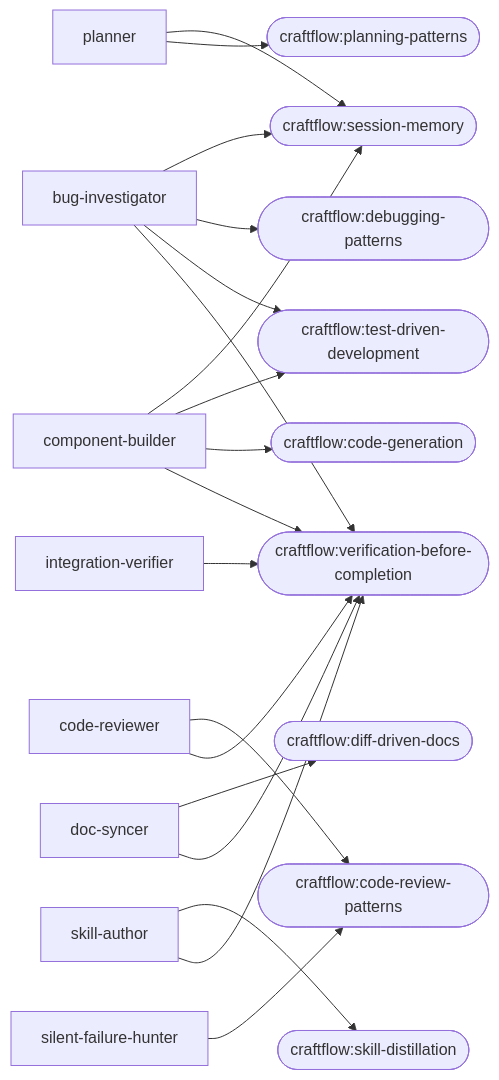
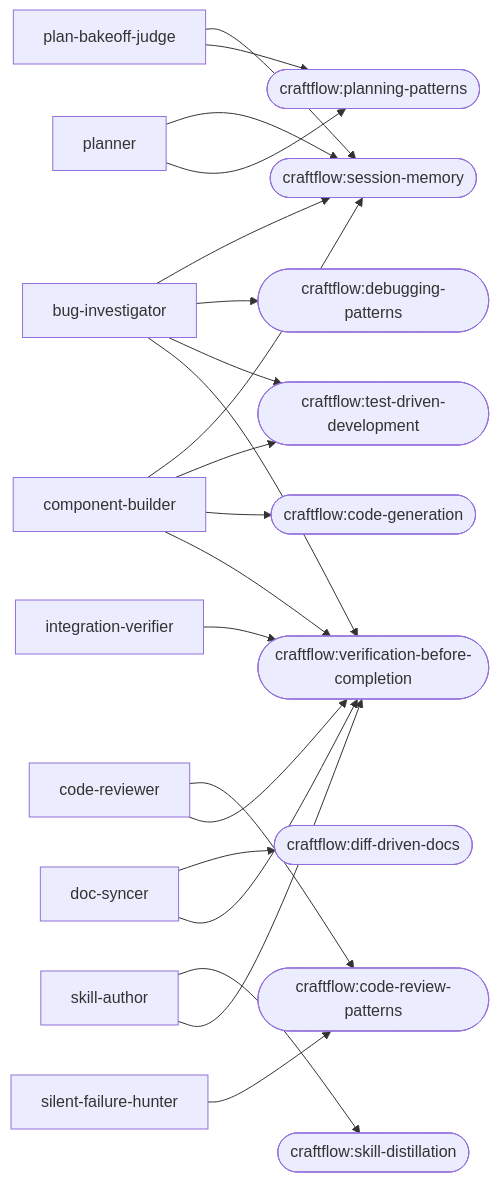
One commit to aicraft-sdk/craftflow changed the second of 2 diagrams in plugins/craftflow/docs/generated/architecture.md. Above: the diagram before and after it, drawn with Mermaid. The commit also changed other lines of this file, not shown here.

Commit message:
docs(craftflow): regenerate architecture graph for plan-bakeoff-judge agent
Phase 7 doc-sync step: gen-craftflow-graph.mjs --check reported staleness
after Phase 1 added agents/plan-bakeoff-judge.md, as expected per the plan.

````diff
--- a/plugins/craftflow/docs/generated/architecture.md
+++ b/plugins/craftflow/docs/generated/architecture.md
@@ -81,38 +81,41 @@
 ```mermaid
 flowchart LR
   agent_bug_investigator["bug-investigator"]
   agent_code_reviewer["code-reviewer"]
   agent_component_builder["component-builder"]
   agent_doc_syncer["doc-syncer"]
   agent_integration_verifier["integration-verifier"]
+  agent_plan_bakeoff_judge["plan-bakeoff-judge"]
   agent_planner["planner"]
   agent_silent_failure_hunter["silent-failure-hunter"]
   agent_skill_author["skill-author"]
   skill_craftflow_session_memory(["craftflow:session-memory"])
   skill_craftflow_debugging_patterns(["craftflow:debugging-patterns"])
   skill_craftflow_test_driven_development(["craftflow:test-driven-development"])
   skill_craftflow_verification_before_completion(["craftflow:verification-before-completion"])
   skill_craftflow_code_review_patterns(["craftflow:code-review-patterns"])
   skill_craftflow_code_generation(["craftflow:code-generation"])
   skill_craftflow_diff_driven_docs(["craftflow:diff-driven-docs"])
   skill_craftflow_planning_patterns(["craftflow:planning-patterns"])
   skill_craftflow_skill_distillation(["craftflow:skill-distillation"])
   agent_bug_investigator --> skill_craftflow_session_memory
   agent_bug_investigator --> skill_craftflow_debugging_patterns
   agent_bug_investigator --> skill_craftflow_test_driven_development
   agent_bug_investigator --> skill_craftflow_verification_before_completion
   agent_code_reviewer --> skill_craftflow_code_review_patterns
   agent_code_reviewer --> skill_craftflow_verification_before_completion
   agent_component_builder --> skill_craftflow_session_memory
   agent_component_builder --> skill_craftflow_test_driven_development
   agent_component_builder --> skill_craftflow_code_generation
   agent_component_builder --> skill_craftflow_verification_before_completion
   agent_doc_syncer --> skill_craftflow_diff_driven_docs
   agent_doc_syncer --> skill_craftflow_verification_before_completion
   agent_integration_verifier --> skill_craftflow_verification_before_completion
+  agent_plan_bakeoff_judge --> skill_craftflow_session_memory
+  agent_plan_bakeoff_judge --> skill_craftflow_planning_patterns
   agent_planner --> skill_craftflow_session_memory
   agent_planner --> skill_craftflow_planning_patterns
   agent_silent_failure_hunter --> skill_craftflow_code_review_patterns
   agent_skill_author --> skill_craftflow_skill_distillation
   agent_skill_author --> skill_craftflow_verification_before_completion
 ```
````
